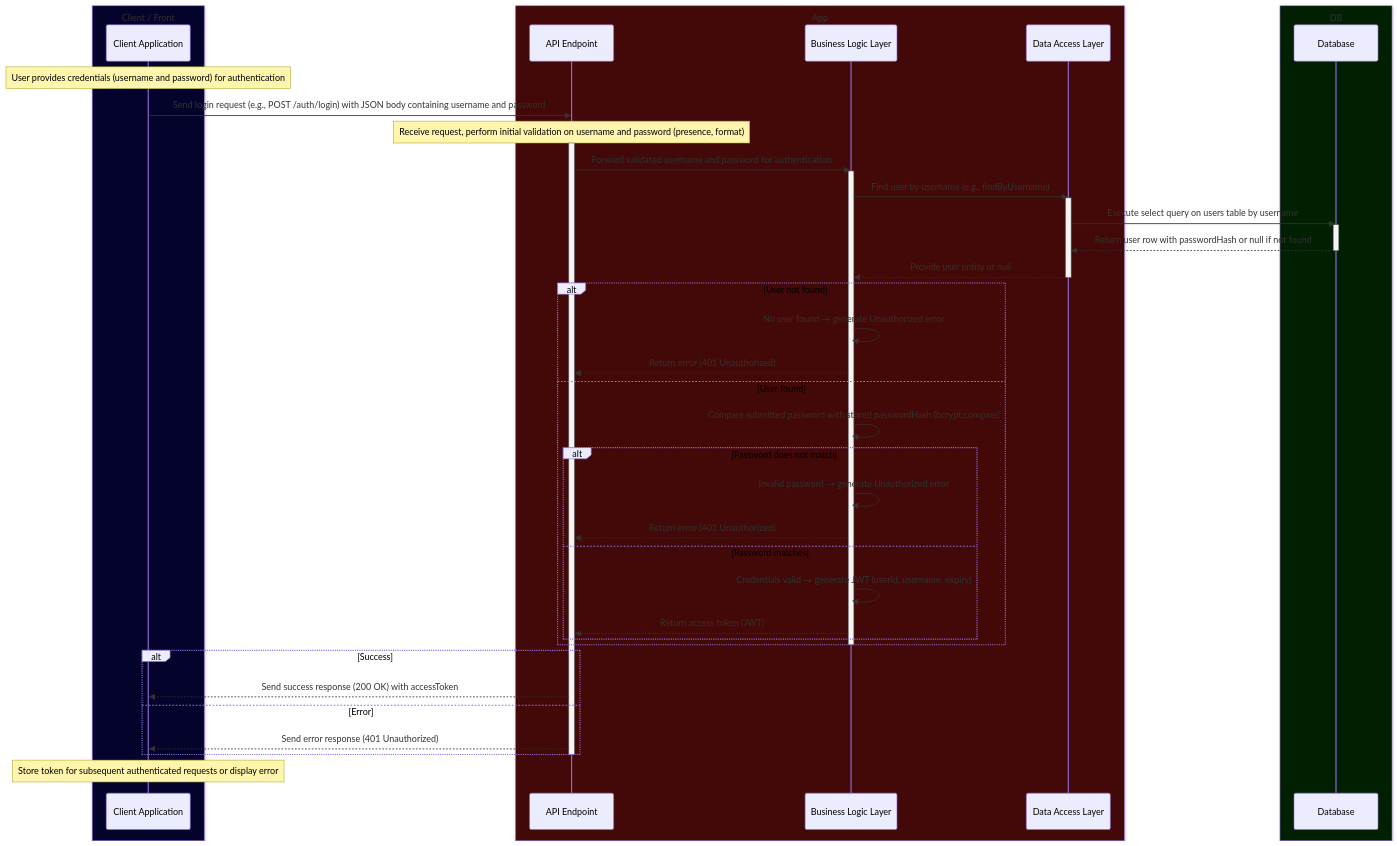
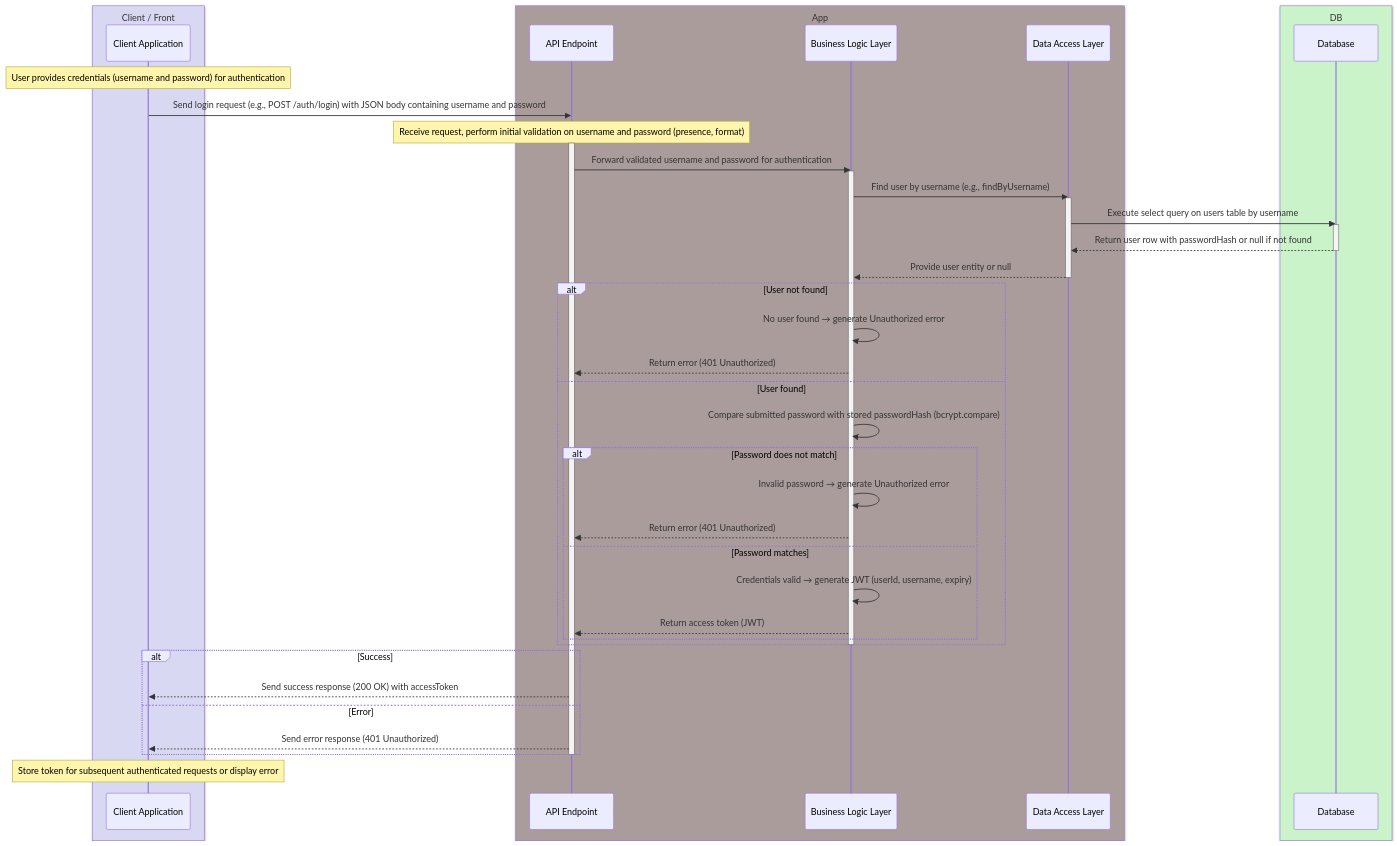
The diagram in docs/auth/login.md (alirezazamanidev/book-crud), drawn with Mermaid before and after one commit. The commit also changed 6 other files, not shown here.

Commit message:
feat: change color boxes in diagram

````diff
--- a/docs/auth/login.md
+++ b/docs/auth/login.md
@@ -2,60 +2,61 @@
 ```mermaid
 sequenceDiagram
-    box rgb(3, 3, 44) Client / Front
+    box rgb(216, 216, 242) Client / Front
     participant Client as Client Application
     end
-    box rgb(67, 8, 8) App
+    box rgb(171, 156, 156) App
     participant API as API Endpoint
     participant Logic as Business Logic Layer
     participant DataAccess as Data Access Layer
     end
-    box rgb(1, 31, 1) DB
+    box rgb(202, 243, 202) DB
     participant Database
     end
+
 
     Note over Client: User provides credentials (username and password) for authentication
     Client->>API: Send login request (e.g., POST /auth/login) with JSON body containing username and password
     Note over API: Receive request, perform initial validation on username and password (presence, format)
 
     activate API
     API->>Logic: Forward validated username and password for authentication
 
     activate Logic
     Logic->>DataAccess: Find user by username (e.g., findByUsername)
 
     activate DataAccess
     DataAccess->>Database: Execute select query on users table by username
 
     activate Database
     Database-->>DataAccess: Return user row with passwordHash or null if not found
     deactivate Database
 
     DataAccess-->>Logic: Provide user entity or null
     deactivate DataAccess
 
     alt User not found
         Logic->>Logic: No user found → generate Unauthorized error
         Logic-->>API: Return error (401 Unauthorized)
     else User found
         Logic->>Logic: Compare submitted password with stored passwordHash (bcrypt.compare)
 
         alt Password does not match
             Logic->>Logic: Invalid password → generate Unauthorized error
             Logic-->>API: Return error (401 Unauthorized)
         else Password matches
             Logic->>Logic: Credentials valid → generate JWT (userId, username, expiry)
             Logic-->>API: Return access token (JWT)
         end
     end
 
     deactivate Logic
 
     alt Success
         API-->>Client: Send success response (200 OK) with accessToken
     else Error
         API-->>Client: Send error response (401 Unauthorized)
     end
 
     deactivate API
     Note over Client: Store token for subsequent authenticated requests or display error
 ```
````
